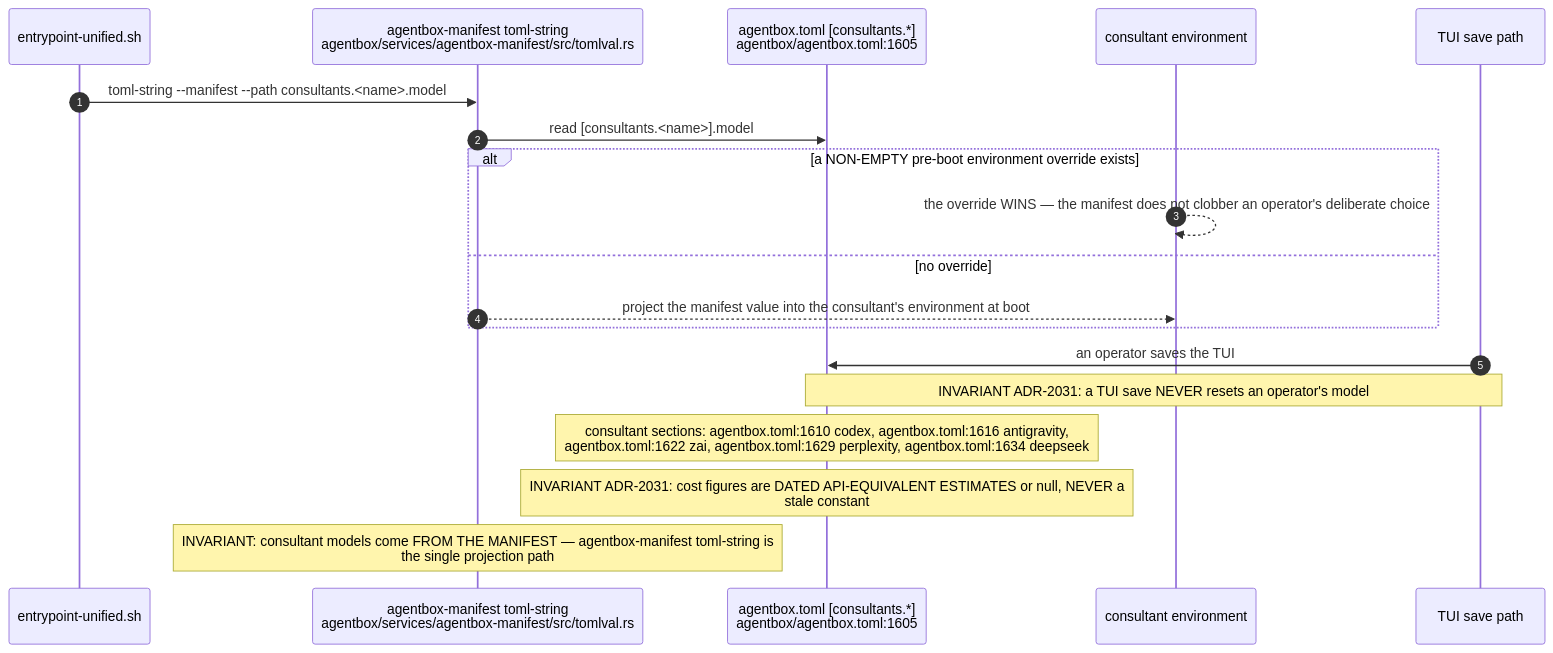
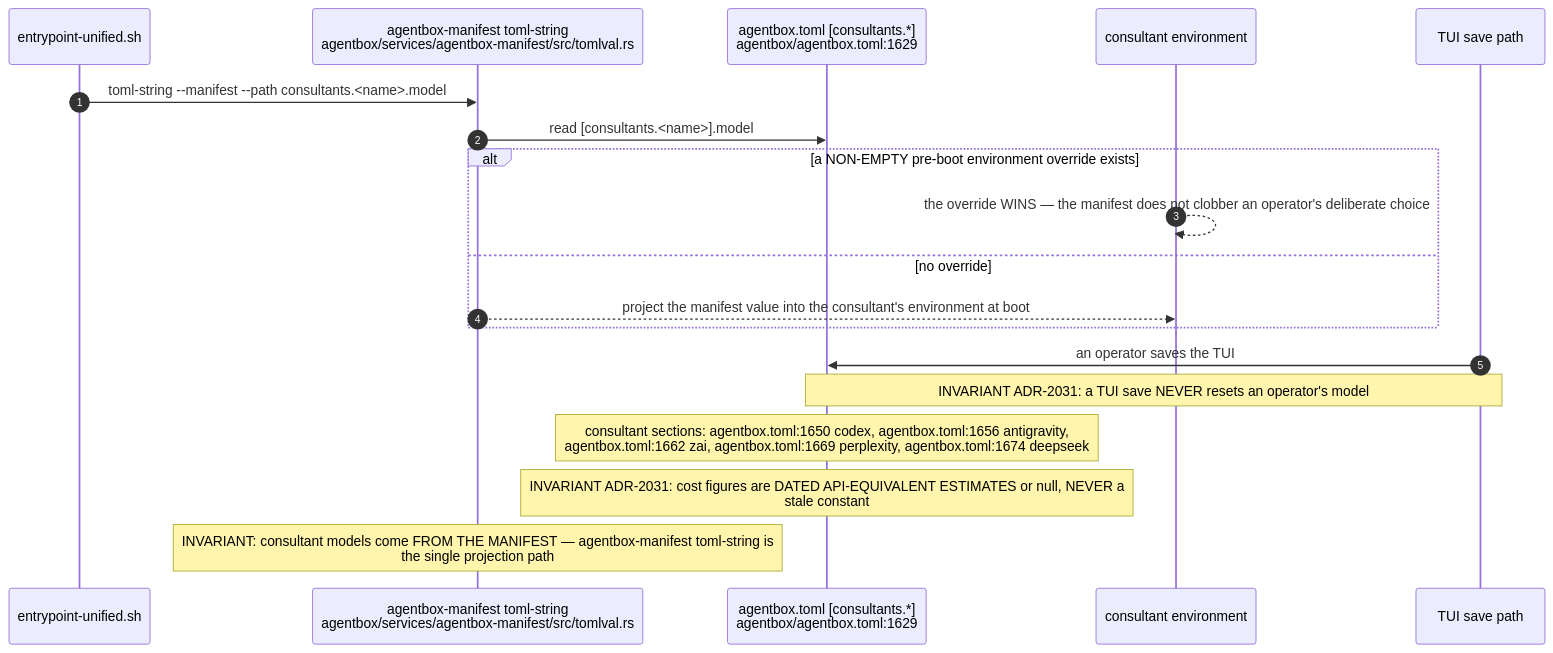
One commit to DreamLab-AI/VisionFlow changed the third of 10 diagrams in docs/diagrams/agentbox/28-agentbox-services-and-manifest-binary.md. Above: the diagram before and after it, drawn with Mermaid. The commit also changed other lines of this file and 145 other files, not shown here.

````diff
--- a/docs/diagrams/agentbox/28-agentbox-services-and-manifest-binary.md
+++ b/docs/diagrams/agentbox/28-agentbox-services-and-manifest-binary.md
@@ -189,22 +190,22 @@
 ```mermaid
 sequenceDiagram
     autonumber
     participant EP as entrypoint-unified.sh
     participant BIN as agentbox-manifest toml-string<br/>agentbox/services/agentbox-manifest/src/tomlval.rs
-    participant TOML as agentbox.toml [consultants.*]<br/>agentbox/agentbox.toml:1605
+    participant TOML as agentbox.toml [consultants.*]<br/>agentbox/agentbox.toml:1629
     participant ENV as consultant environment
     participant TUI as TUI save path
 
     EP->>BIN: toml-string --manifest --path consultants.<name>.model
     BIN->>TOML: read [consultants.<name>].model
     alt a NON-EMPTY pre-boot environment override exists
         ENV-->>ENV: the override WINS — the manifest does not clobber an operator's deliberate choice
     else no override
         BIN-->>ENV: project the manifest value into the consultant's environment at boot
     end
     TUI->>TOML: an operator saves the TUI
     Note over TUI,TOML: INVARIANT ADR-2031: a TUI save NEVER resets an operator's model
-    Note over TOML: consultant sections: agentbox.toml:1610 codex, agentbox.toml:1616 antigravity,<br/>agentbox.toml:1622 zai, agentbox.toml:1629 perplexity, agentbox.toml:1634 deepseek
+    Note over TOML: consultant sections: agentbox.toml:1650 codex, agentbox.toml:1656 antigravity,<br/>agentbox.toml:1662 zai, agentbox.toml:1669 perplexity, agentbox.toml:1674 deepseek
     Note over TOML: INVARIANT ADR-2031: cost figures are DATED API-EQUIVALENT ESTIMATES or null, NEVER a<br/>stale constant
     Note over BIN: INVARIANT: consultant models come FROM THE MANIFEST — agentbox-manifest toml-string is<br/>the single projection path
 ```
````
